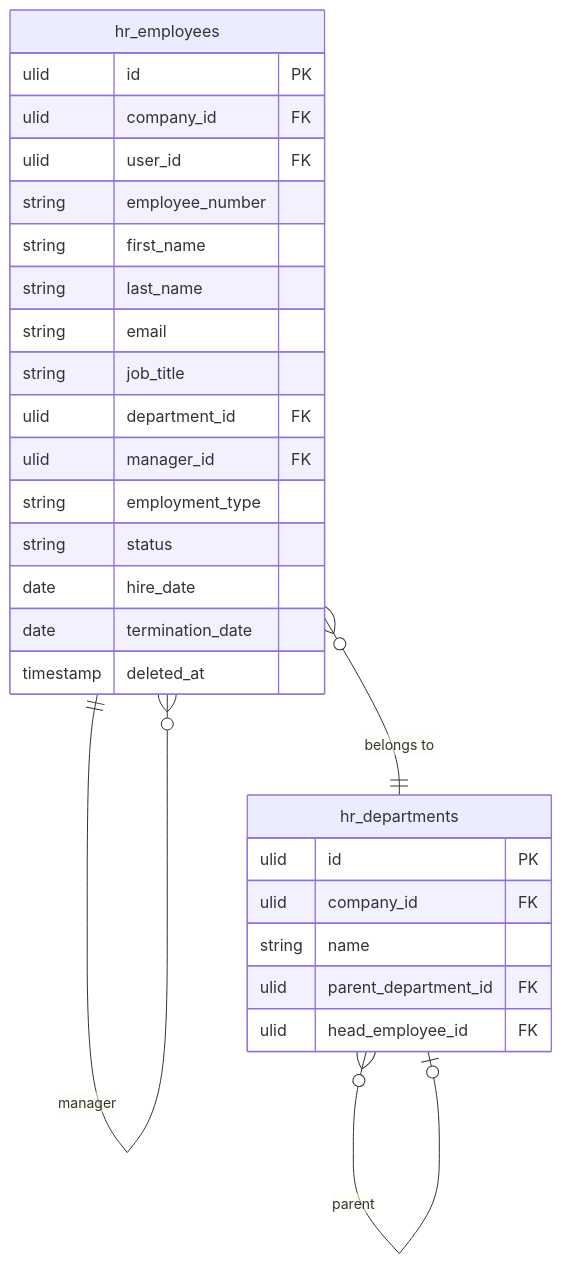
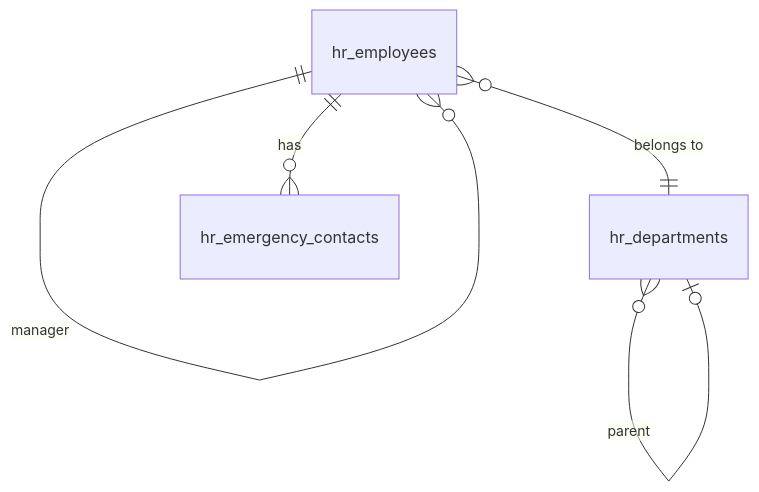
The diagram in vault/domains/hr/employee-profiles.md (Max-Nijenkamp/FlowFlex), drawn with Mermaid before and after one commit. The commit also changed other lines of this file and 16 other files, not shown here.

````diff
--- a/vault/domains/hr/employee-profiles.md
+++ b/vault/domains/hr/employee-profiles.md
@@ -40,30 +104,7 @@
 ```mermaid
 erDiagram
-    hr_employees {
-        ulid id PK
-        ulid company_id FK
-        ulid user_id FK
-        string employee_number
-        string first_name
-        string last_name
-        string email
-        string job_title
-        ulid department_id FK
-        ulid manager_id FK
-        string employment_type
-        string status
-        date hire_date
-        date termination_date
-        timestamp deleted_at
-    }
-    hr_departments {
-        ulid id PK
-        ulid company_id FK
-        string name
-        ulid parent_department_id FK
-        ulid head_employee_id FK
-    }
     hr_employees ||--o{ hr_employees : "manager"
     hr_employees }o--|| hr_departments : "belongs to"
     hr_departments }o--o| hr_departments : "parent"
+    hr_employees ||--o{ hr_emergency_contacts : "has"
 ```
````
